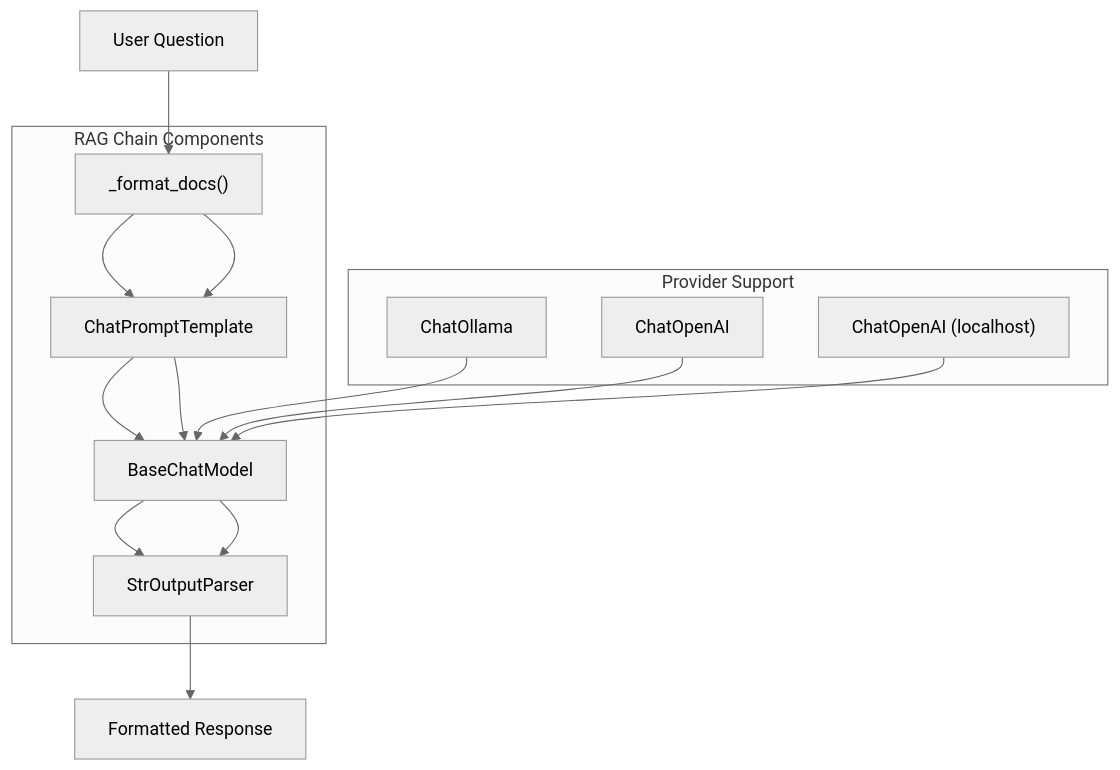
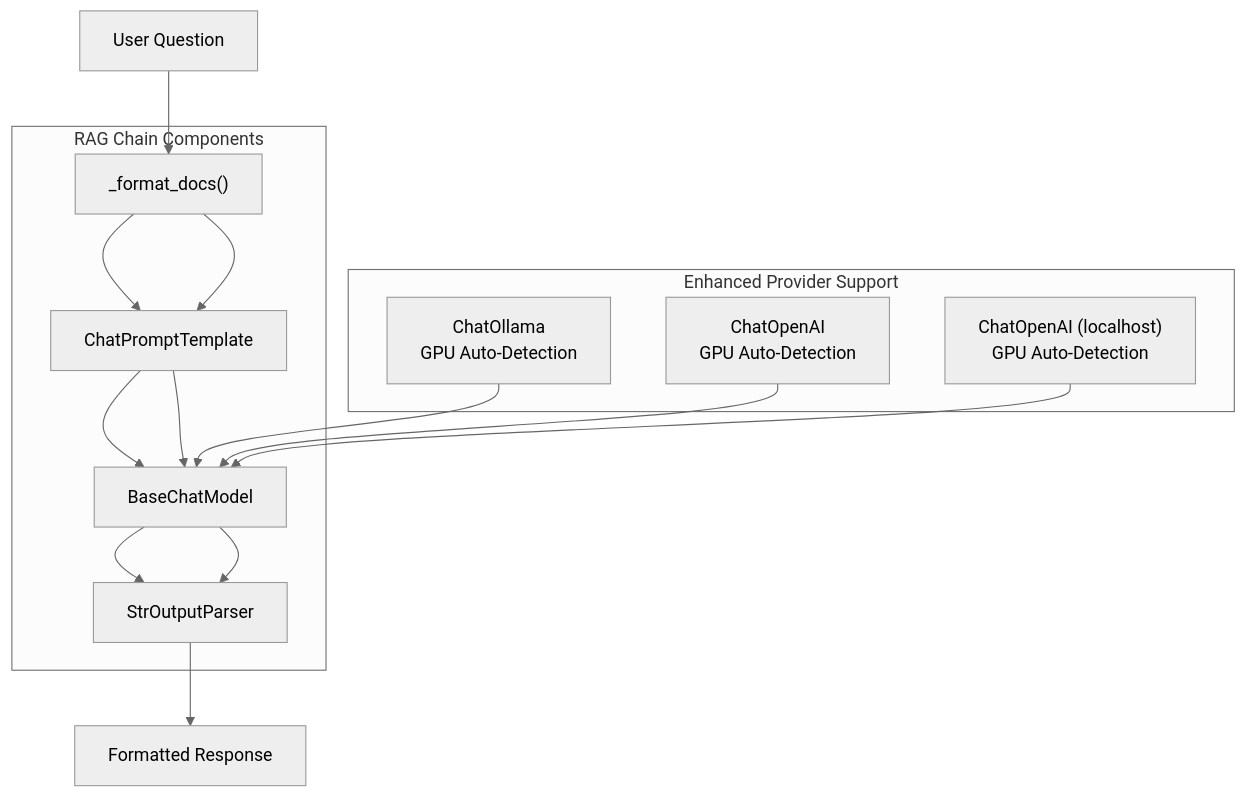
One commit to ognelis/cafetera_hr_bot changed the sixth of 22 diagrams in .qoder/repowiki/en/content/RAG Integration/RAG Integration.md. Above: the diagram before and after it, drawn with Mermaid (neutral theme). The commit also changed other lines of this file and 16 other files, not shown here.

````diff
--- a/.qoder/repowiki/en/content/RAG Integration/RAG Integration.md
+++ b/.qoder/repowiki/en/content/RAG Integration/RAG Integration.md
@@ -471,18 +484,18 @@
 ```mermaid
 flowchart TD
 Input["User Question"] --> FormatDocs["_format_docs()"]
 FormatDocs --> Prompt["ChatPromptTemplate"]
 Prompt --> LLM["BaseChatModel"]
 LLM --> Parser["StrOutputParser"]
 Parser --> Output["Formatted Response"]
 subgraph "RAG Chain Components"
 FormatDocs --> Prompt
 Prompt --> LLM
 LLM --> Parser
 end
-subgraph "Provider Support"
-Ollama["ChatOllama"] --> LLM
-OpenAI["ChatOpenAI"] --> LLM
-LlamaCPP["ChatOpenAI (localhost)"] --> LLM
+subgraph "Enhanced Provider Support"
+Ollama["ChatOllama<br/>GPU Auto-Detection"] --> LLM
+OpenAI["ChatOpenAI<br/>GPU Auto-Detection"] --> LLM
+LlamaCPP["ChatOpenAI (localhost)<br/>GPU Auto-Detection"] --> LLM
 end
 ```
````
